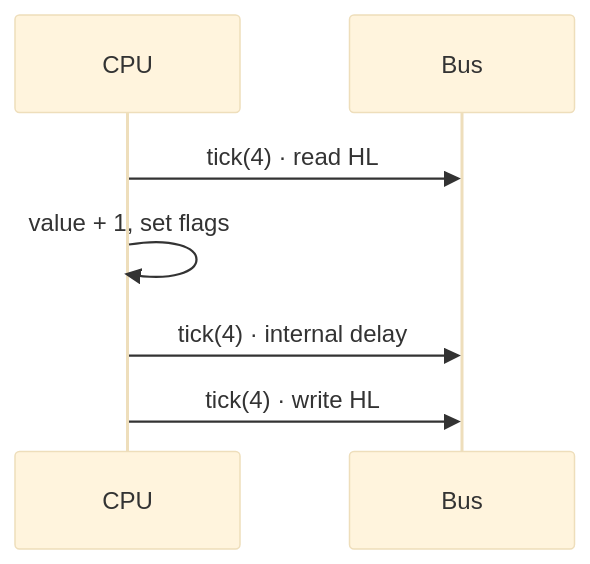
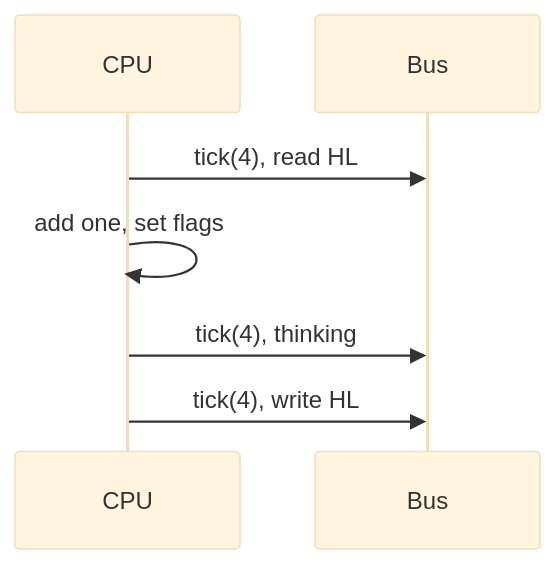
One commit to dudustri/rustboy-color changed the eighth of 16 diagrams in docs/architecture.md. Above: the diagram before and after it, drawn with Mermaid (base theme). The commit also changed other lines of this file and 17 other files, not shown here.

````diff
--- a/docs/architecture.md
+++ b/docs/architecture.md
@@ -223,9 +233,9 @@
 ```mermaid
 sequenceDiagram
     participant C as CPU
     participant B as Bus
-    C->>B: tick(4) · read HL
-    C->>C: value + 1, set flags
-    C->>B: tick(4) · internal delay
-    C->>B: tick(4) · write HL
+    C->>B: tick(4), read HL
+    C->>C: add one, set flags
+    C->>B: tick(4), thinking
+    C->>B: tick(4), write HL
 ```
````
